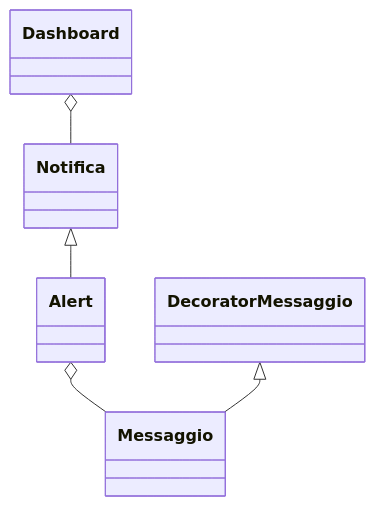
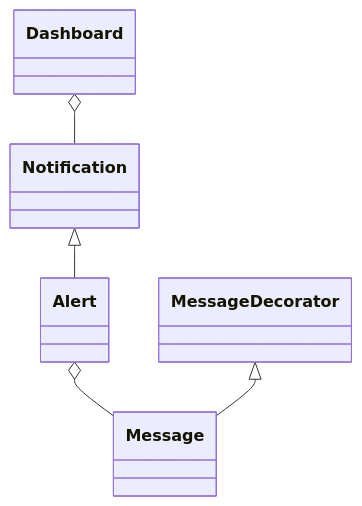
One commit to Alex-Cambrini/pss24-25-WasteMaster-Cambrini-Ferrari-Ragazzini changed the seventh of 8 diagrams in README.md. Above: the diagram before and after it, drawn with Mermaid. The commit also changed other lines of this file, not shown here.

````diff
--- a/README.md
+++ b/README.md
@@ -231,13 +232,13 @@
 ```mermaid
 classDiagram
     class Dashboard
-    class Notifica
+    class Notification
     class Alert
-    class Messaggio
-    class DecoratorMessaggio
+    class Message
+    class MessageDecorator
 
-    Dashboard o-- Notifica
-    Notifica <|-- Alert
-    Alert o-- Messaggio
-    DecoratorMessaggio <|-- Messaggio
+    Dashboard o-- Notification
+    Notification <|-- Alert
+    Alert o-- Message
+    MessageDecorator <|-- Message
 ```
````
